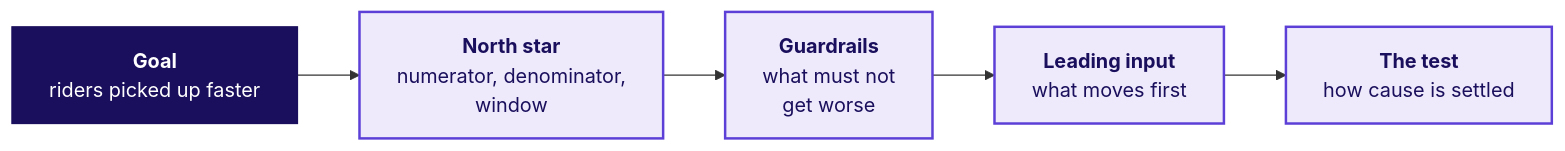
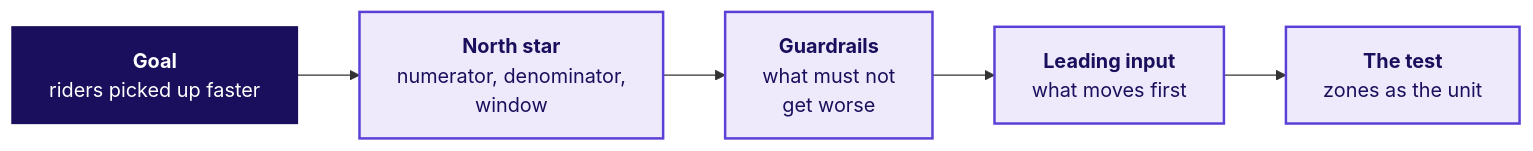
Before and after one commit to fde-academy-lab/c2-content-factory: diagram 12 of 12 in content/W04/D1/whiteboards/C2_W04_D01_board_work_STUDENT.md, drawn with Mermaid. The commit also changed other lines of this file and 8 other files, not shown here.

````diff
--- a/content/W04/D1/whiteboards/C2_W04_D01_board_work_STUDENT.md
+++ b/content/W04/D1/whiteboards/C2_W04_D01_board_work_STUDENT.md
@@ -296,11 +296,11 @@
 ```mermaid
 flowchart LR
     G["<b>Goal</b><br/>riders picked up faster"] --> N["<b>North star</b><br/>numerator, denominator,<br/>window"]
     N --> R["<b>Guardrails</b><br/>what must not<br/>get worse"]
     R --> L["<b>Leading input</b><br/>what moves first"]
-    L --> T["<b>The test</b><br/>how cause is settled"]
+    L --> T["<b>The test</b><br/>zones as the unit"]
     classDef known fill:#EEEAFB,stroke:#5B3FD6,color:#1A0F5C,stroke-width:2px
     classDef lit fill:#1A0F5C,stroke:#1A0F5C,color:#FFFFFF
     class G lit
     class N,R,L,T known
 ```
````
